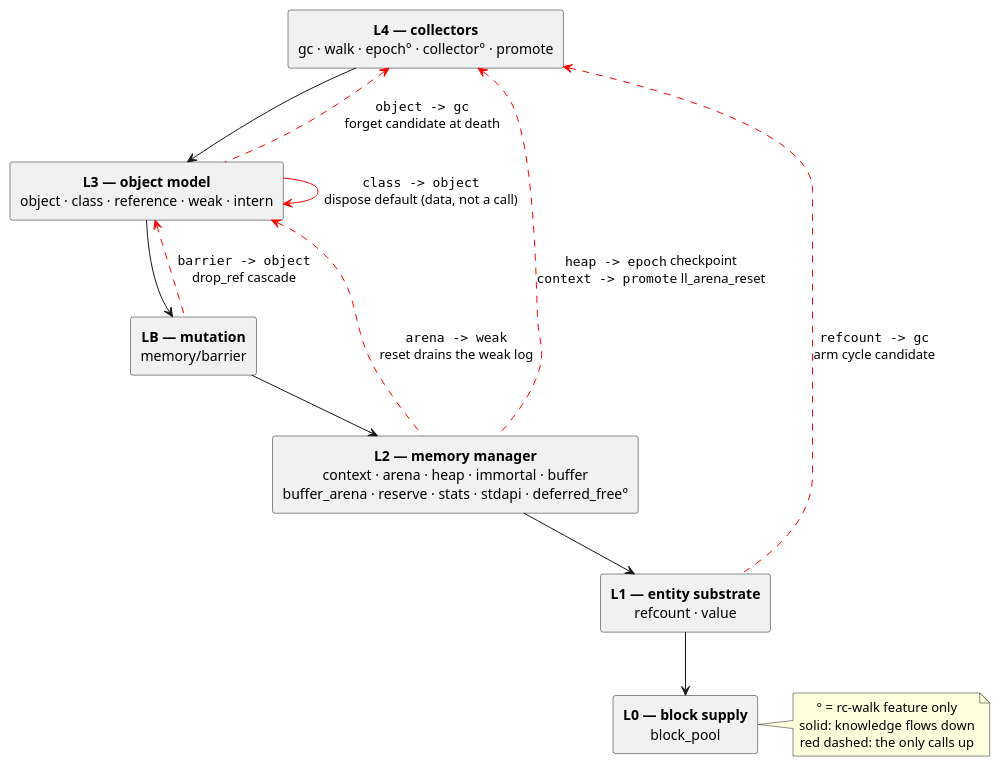
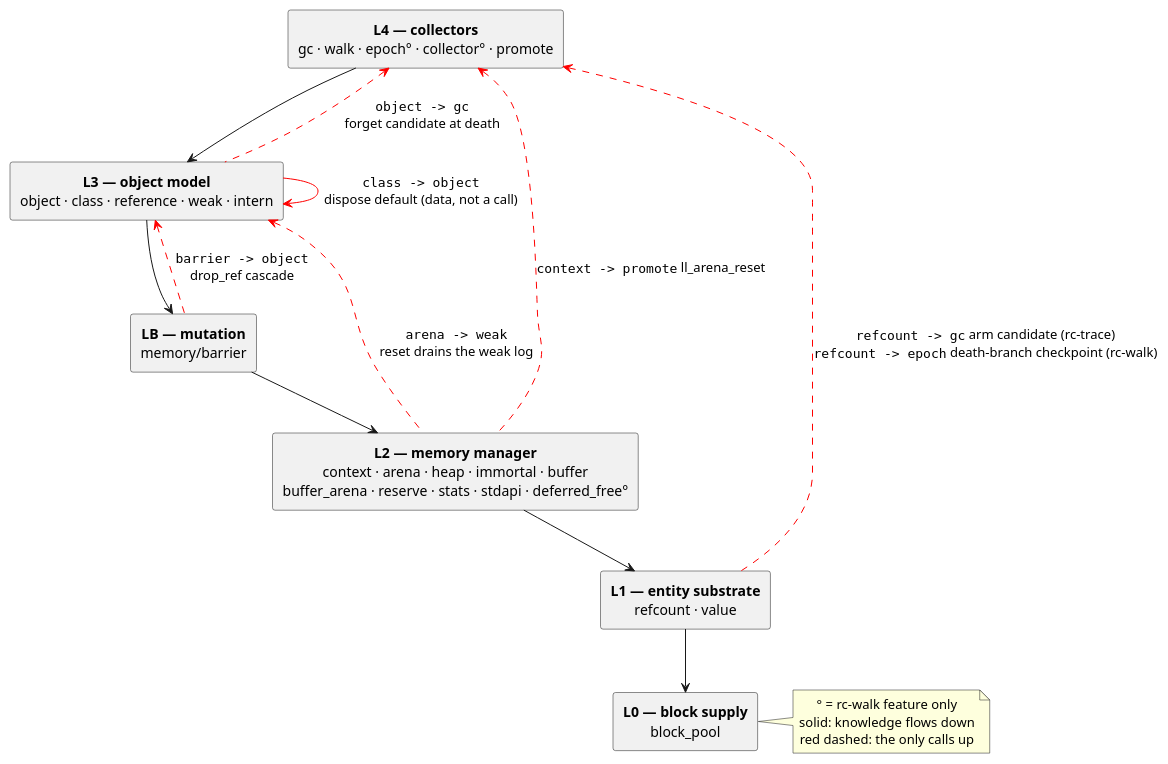
One commit to limelight-lang/model changed the first of 7 diagrams in docs/architecture.md. Above: the diagram before and after it, drawn with PlantUML. The commit also changed other lines of this file and 7 other files, not shown here.

First line of the commit message:
epoch: checkpoint moves to ll_release's death branch; batched-release ABI

````diff
--- a/docs/architecture.md
+++ b/docs/architecture.md
@@ -22,32 +22,32 @@
 ```plantuml
 @startuml
 skinparam shadowing false
 skinparam defaultTextAlignment center
 
 rectangle "**L4 — collectors**\ngc · walk · epoch° · collector° · promote" as L4
 rectangle "**L3 — object model**\nobject · class · reference · weak · intern" as L3
 rectangle "**LB — mutation**\nmemory/barrier" as LB
 rectangle "**L2 — memory manager**\ncontext · arena · heap · immortal · buffer\nbuffer_arena · reserve · stats · stdapi · deferred_free°" as L2
 rectangle "**L1 — entity substrate**\nrefcount · value" as L1
 rectangle "**L0 — block supply**\nblock_pool" as L0
 
 L4 -down-> L3
 L3 -down-> LB
 LB -down-> L2
 L2 -down-> L1
 L1 -down-> L0
 
-L1 .up.> L4 #red : ""refcount -> gc""\narm cycle candidate
-L2 .up.> L4 #red : ""heap -> epoch"" checkpoint\n""context -> promote"" ll_arena_reset
+L1 .up.> L4 #red : ""refcount -> gc"" arm candidate (rc-trace)\n""refcount -> epoch"" death-branch checkpoint (rc-walk)
+L2 .up.> L4 #red : ""context -> promote"" ll_arena_reset
 L2 .up.> L3 #red : ""arena -> weak""\nreset drains the weak log
 LB .up.> L3 #red : ""barrier -> object""\ndrop_ref cascade
 L3 .up.> L4 #red : ""object -> gc""\nforget candidate at death
 L3 -> L3 #red : ""class -> object""\ndispose default (data, not a call)
 
 note right of L0
   ° = rc-walk feature only
   solid: knowledge flows down
   red dashed: the only calls up
 end note
 @enduml
 ```
````
